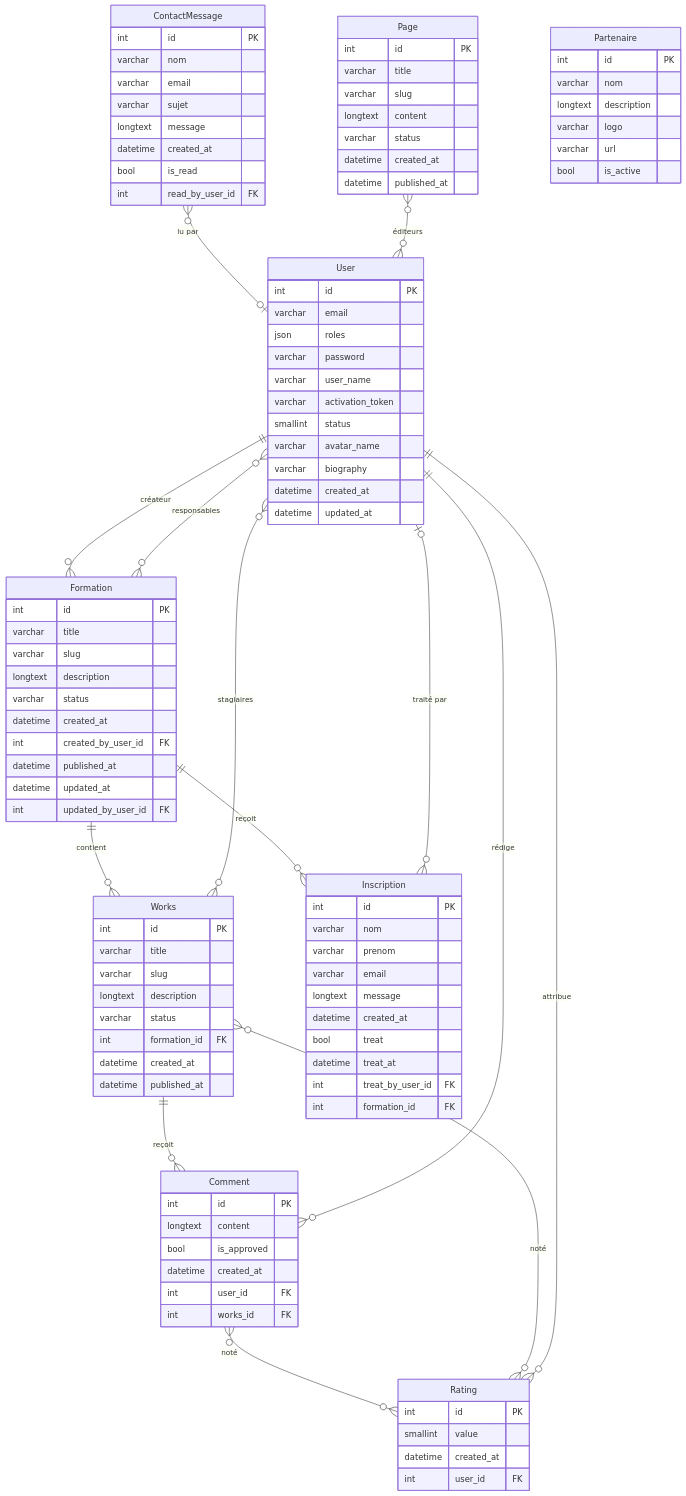
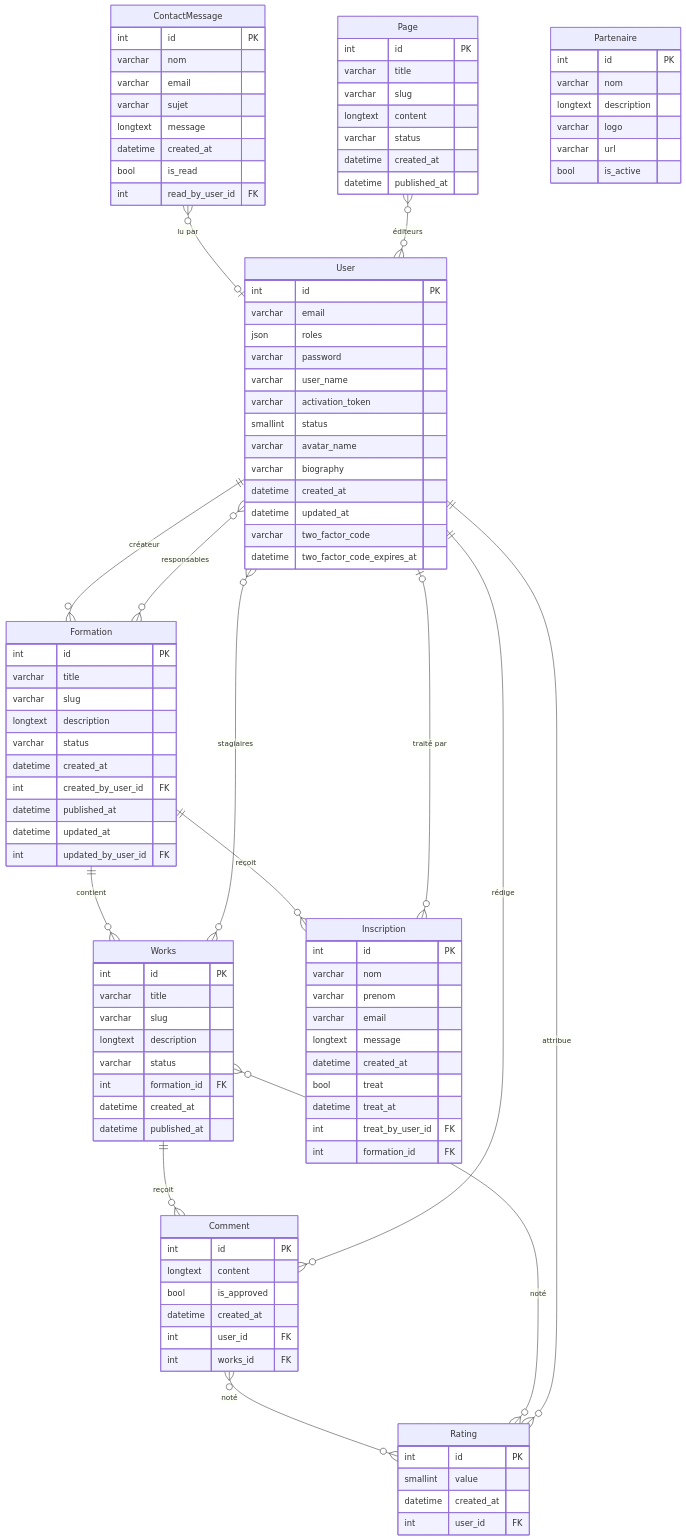
The diagram in docs/architecture/database-schema.md (mikhawa/pre2026.cf2m.be), drawn with Mermaid before and after one commit. The commit also changed other lines of this file and 3 other files, not shown here.

```diff
--- a/docs/architecture/database-schema.md
+++ b/docs/architecture/database-schema.md
@@ -183,6 +185,8 @@
         varchar biography
         datetime created_at
         datetime updated_at
+        varchar two_factor_code
+        datetime two_factor_code_expires_at
     }
     Formation {
         int id PK
```
